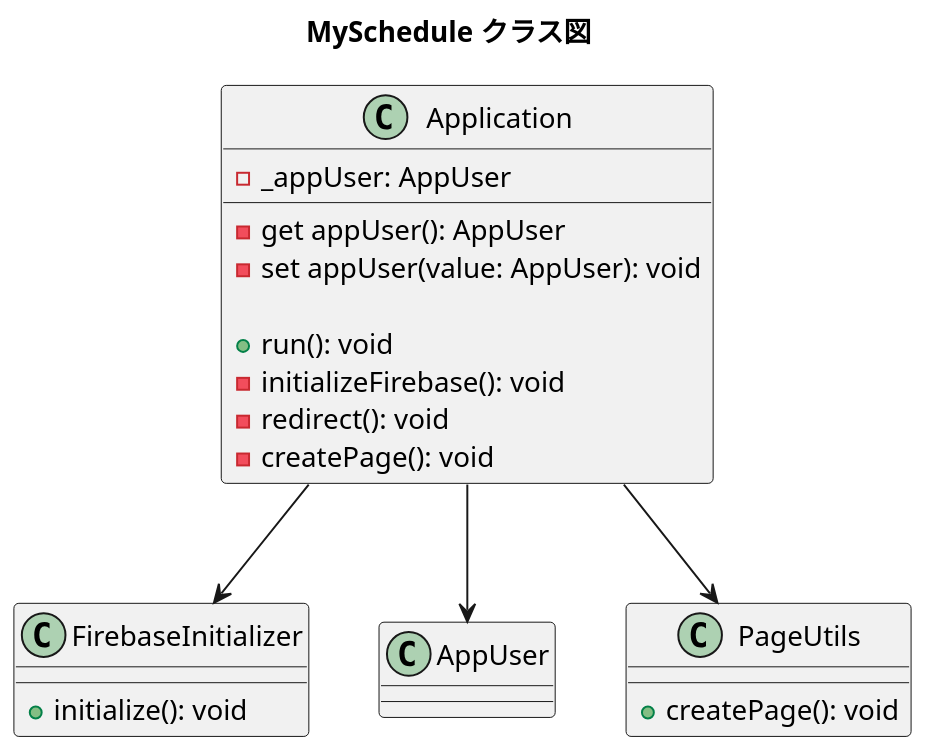
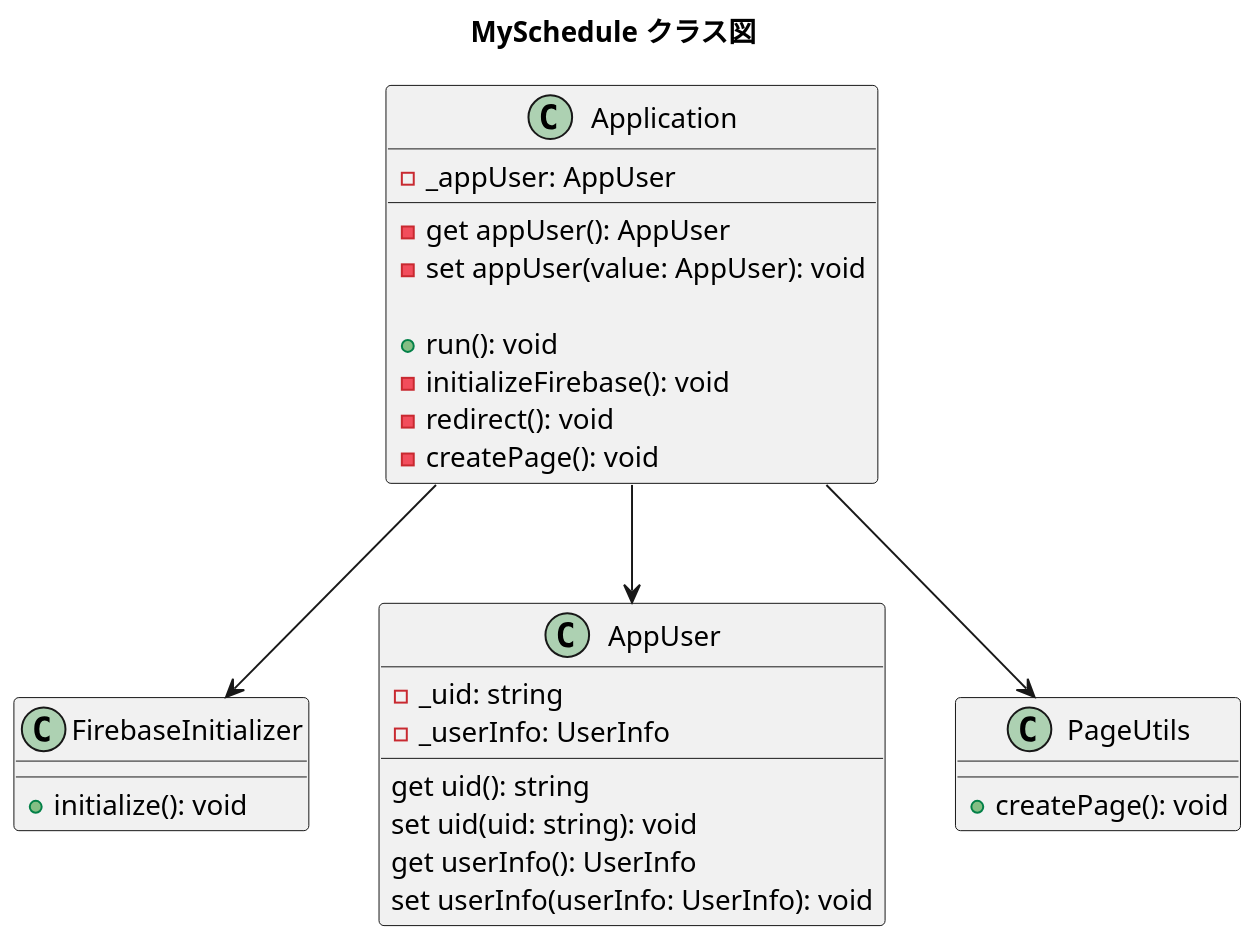
One commit to CA01971172/MySchedule changed the diagram in classUML.pu. Above: the diagram before and after it, drawn with PlantUML.

Commit message:
write AppUser property

```diff
--- a/classUML.pu
+++ b/classUML.pu
@@ -1,32 +1,39 @@
 @startuml MySchedule
 title MySchedule クラス図
 skinparam dpi 150
 
 class Application {
   - _appUser: AppUser
 
   - get appUser(): AppUser
   - set appUser(value: AppUser): void
 
   + run(): void
   - initializeFirebase(): void
   - redirect(): void
   - createPage(): void
 }
 
 class FirebaseInitializer {
   + initialize(): void
 }
 
 class AppUser {
+    - _uid: string
+    - _userInfo: UserInfo
+
+    get uid(): string
+    set uid(uid: string): void
+    get userInfo(): UserInfo
+    set userInfo(userInfo: UserInfo): void
 }
 
 class PageUtils {
   + createPage(): void
 }
 
 Application --> FirebaseInitializer
 Application --> AppUser
 Application --> PageUtils
 
 @enduml
```
